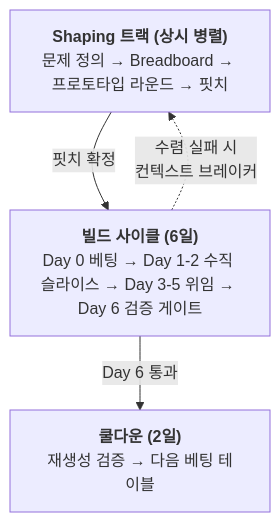
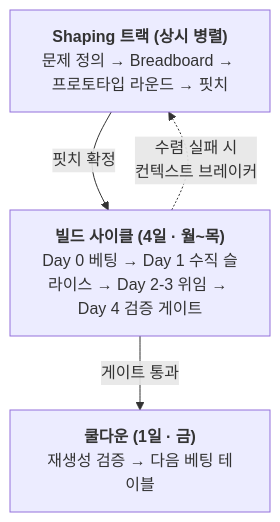
One commit to roboco-io/vibe-driven-development-lifecycle changed the diagram in docs/ko/cycle.md. Above: the diagram before and after it, drawn with Mermaid. The commit also changed other lines of this file and 19 other files, not shown here.

````diff
--- a/docs/ko/cycle.md
+++ b/docs/ko/cycle.md
@@ -23,9 +23,9 @@
 ```mermaid
 flowchart TB
     S["<b>Shaping 트랙 (상시 병렬)</b><br/>문제 정의 → Breadboard → 프로토타입 라운드 → 핏치"]
-    B["<b>빌드 사이클 (6일)</b><br/>Day 0 베팅 → Day 1-2 수직 슬라이스 → Day 3-5 위임 → Day 6 검증 게이트"]
-    C["<b>쿨다운 (2일)</b><br/>재생성 검증 → 다음 베팅 테이블"]
+    B["<b>빌드 사이클 (4일 · 월~목)</b><br/>Day 0 베팅 → Day 1 수직 슬라이스 → Day 2-3 위임 → Day 4 검증 게이트"]
+    C["<b>쿨다운 (1일 · 금)</b><br/>재생성 검증 → 다음 베팅 테이블"]
     S -->|"핏치 확정"| B
-    B -->|"Day 6 통과"| C
+    B -->|"게이트 통과"| C
     B -. "수렴 실패 시<br/>컨텍스트 브레이커" .-> S
 ```
````
